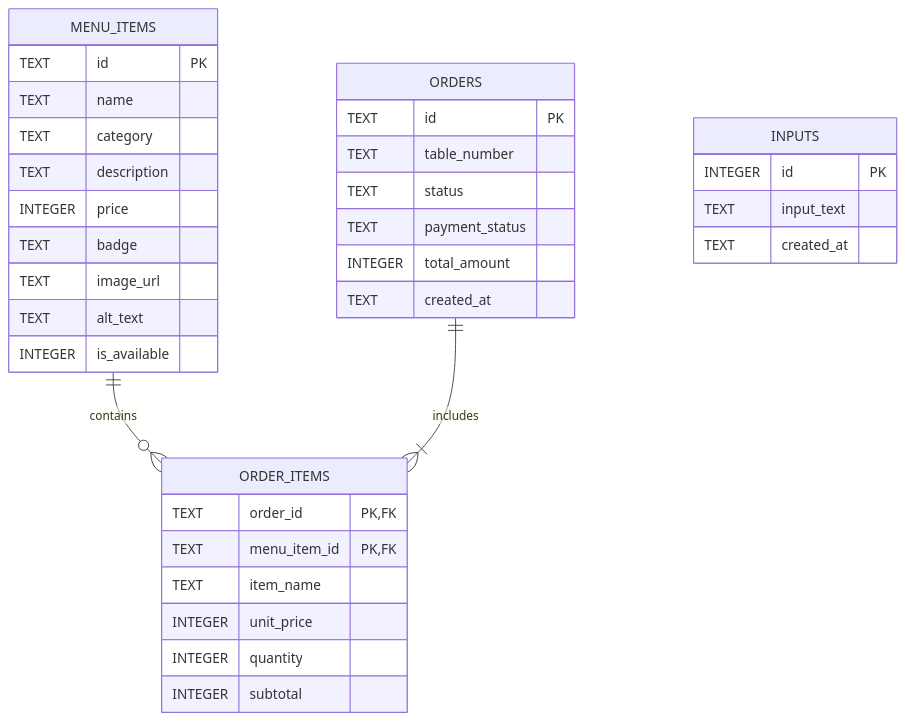
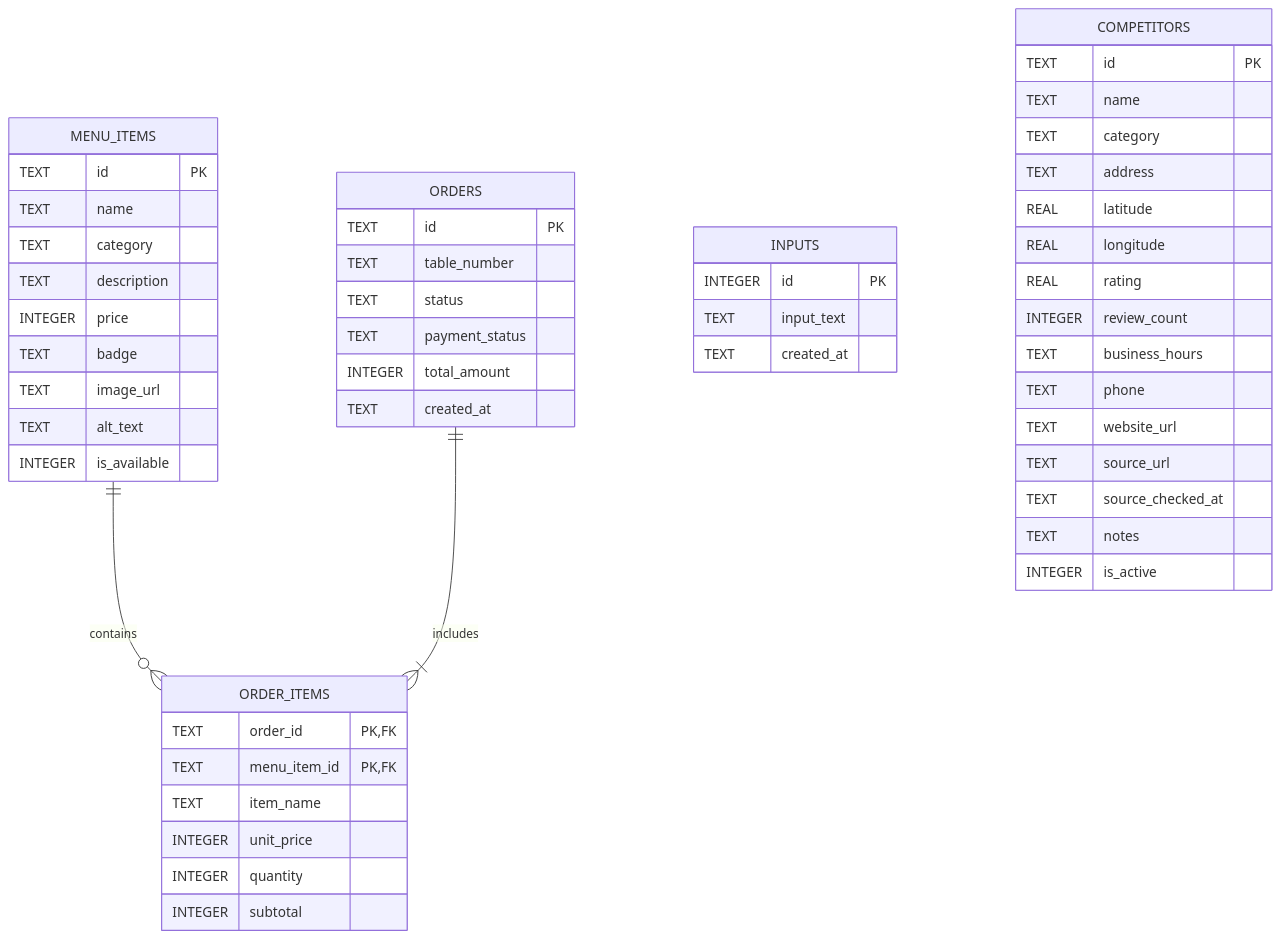
One commit to final0618/POS2 changed the diagram in spec/database-erd.mmd. Above: the diagram before and after it, drawn with Mermaid. The commit also changed 21 other files, not shown here.

```diff
--- a/spec/database-erd.mmd
+++ b/spec/database-erd.mmd
@@ -1,39 +1,57 @@
 erDiagram
     MENU_ITEMS ||--o{ ORDER_ITEMS : contains
     ORDERS ||--|{ ORDER_ITEMS : includes
 
     MENU_ITEMS {
         TEXT id PK
         TEXT name
         TEXT category
         TEXT description
         INTEGER price
         TEXT badge
         TEXT image_url
         TEXT alt_text
         INTEGER is_available
     }
 
     ORDERS {
         TEXT id PK
         TEXT table_number
         TEXT status
         TEXT payment_status
         INTEGER total_amount
         TEXT created_at
     }
 
     ORDER_ITEMS {
         TEXT order_id PK, FK
         TEXT menu_item_id PK, FK
         TEXT item_name
         INTEGER unit_price
         INTEGER quantity
         INTEGER subtotal
     }
 
     INPUTS {
         INTEGER id PK
         TEXT input_text
         TEXT created_at
     }
+
+    COMPETITORS {
+        TEXT id PK
+        TEXT name
+        TEXT category
+        TEXT address
+        REAL latitude
+        REAL longitude
+        REAL rating
+        INTEGER review_count
+        TEXT business_hours
+        TEXT phone
+        TEXT website_url
+        TEXT source_url
+        TEXT source_checked_at
+        TEXT notes
+        INTEGER is_active
+    }
```
